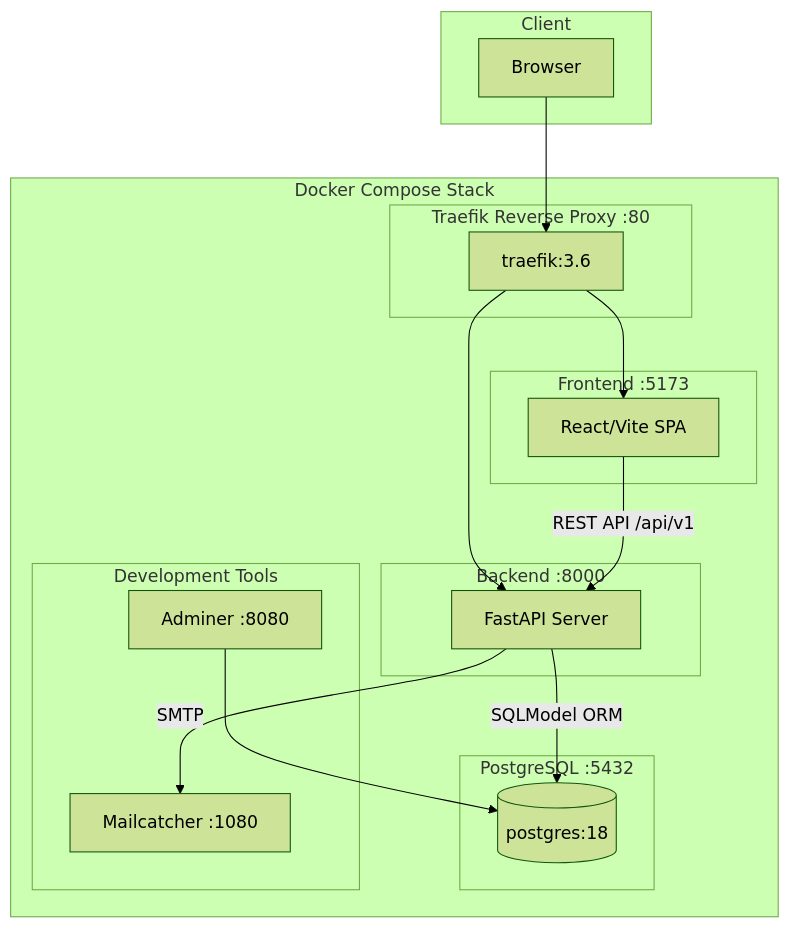
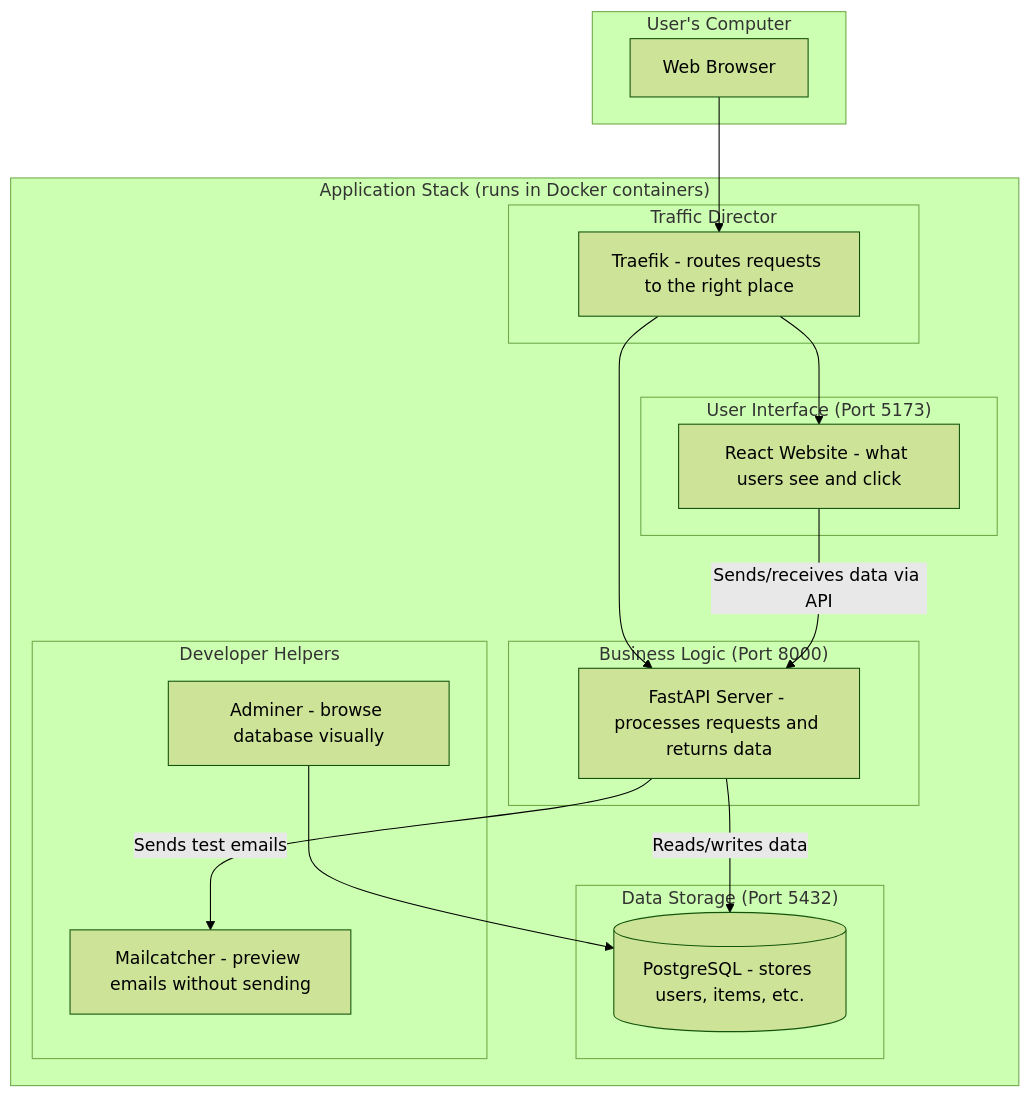
One commit to sarangambekar1997/full-stack-fastapi-template changed the first of 3 diagrams in docs/Repo-Analysis.md. Above: the diagram before and after it, drawn with Mermaid (forest theme). The commit also changed other lines of this file, not shown here.

````diff
--- a/docs/Repo-Analysis.md
+++ b/docs/Repo-Analysis.md
@@ -5,37 +35,37 @@
 ```mermaid
 flowchart TB
-    subgraph Client
-        Browser[Browser]
+    subgraph Client["User's Computer"]
+        Browser[Web Browser]
     end
 
-    subgraph Docker["Docker Compose Stack"]
-        subgraph Proxy["Traefik Reverse Proxy :80"]
-            TR[traefik:3.6]
+    subgraph Docker["Application Stack (runs in Docker containers)"]
+        subgraph Proxy["Traffic Director"]
+            TR[Traefik - routes requests to the right place]
         end
 
-        subgraph Frontend["Frontend :5173"]
-            FE[React/Vite SPA]
+        subgraph Frontend["User Interface (Port 5173)"]
+            FE[React Website - what users see and click]
         end
 
-        subgraph Backend["Backend :8000"]
-            API[FastAPI Server]
+        subgraph Backend["Business Logic (Port 8000)"]
+            API[FastAPI Server - processes requests and returns data]
         end
 
-        subgraph Database["PostgreSQL :5432"]
-            DB[(postgres:18)]
+        subgraph Database["Data Storage (Port 5432)"]
+            DB[(PostgreSQL - stores users, items, etc.)]
         end
 
-        subgraph DevTools["Development Tools"]
-            ADM[Adminer :8080]
-            MAIL[Mailcatcher :1080]
+        subgraph DevTools["Developer Helpers"]
+            ADM[Adminer - browse database visually]
+            MAIL[Mailcatcher - preview emails without sending]
         end
     end
 
     Browser --> TR
     TR --> FE
     TR --> API
-    FE -->|REST API /api/v1| API
-    API -->|SQLModel ORM| DB
+    FE -->|"Sends/receives data via API"| API
+    API -->|"Reads/writes data"| DB
     ADM --> DB
-    API -->|SMTP| MAIL
+    API -->|"Sends test emails"| MAIL
 ```
````
